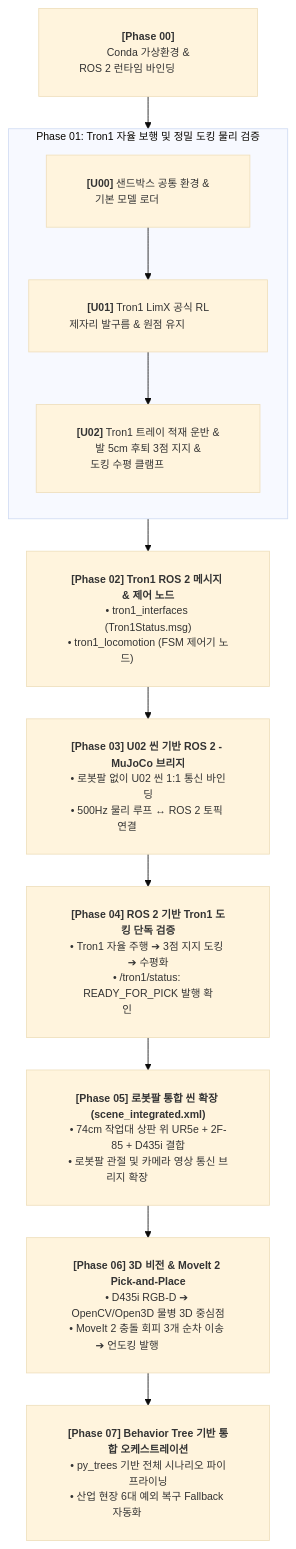
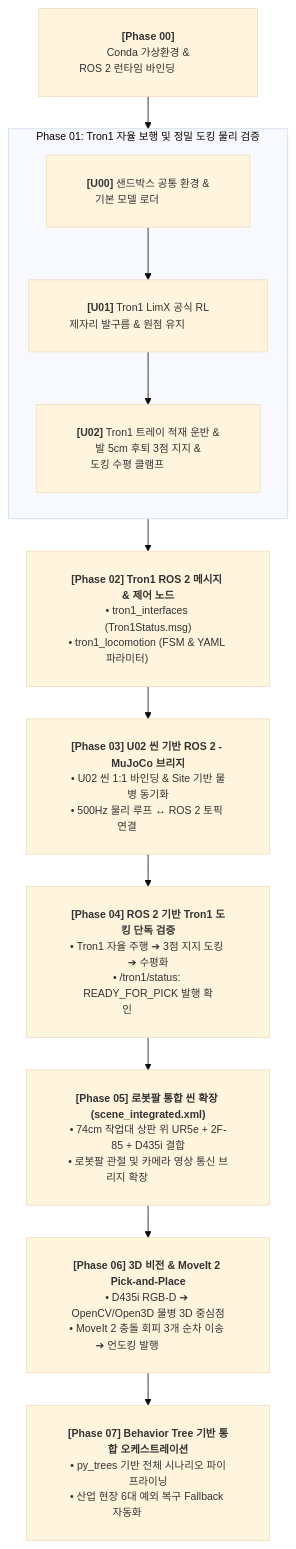
One commit to Centaucyan/Proj_Transferring_bottle_from_tron1_to_ur5e_in_mujoco_env changed the diagram in documents/development_roadmap/rm_full_development_roadmap.md. Above: the diagram before and after it, drawn with Mermaid. The commit also changed other lines of this file and 1 other file, not shown here.

Commit message:
Modify md files about how-to-do phase02.

````diff
--- a/documents/development_roadmap/rm_full_development_roadmap.md
+++ b/documents/development_roadmap/rm_full_development_roadmap.md
@@ -41,19 +44,19 @@
 ```mermaid
 %%{init: {'theme': 'base', 'themeVariables': { 'fontSize': '13px' }, 'flowchart': {'nodeSpacing': 30, 'rankSpacing': 40, 'padding': 25}}}%%
 flowchart TD
     P00["<b>[Phase 00]</b><br/>Conda 가상환경 &<br/>ROS 2 런타임 바인딩&emsp;&emsp;&emsp;&emsp;"] --> Phase01
 
     subgraph Phase01 [" Phase 01: Tron1 자율 보행 및 정밀 도킹 물리 검증 "]
         direction TB
         U00["<b>[U00]</b> 샌드박스 공통 환경 &<br/>기본 모델 로더&emsp;&emsp;&emsp;&emsp;"] --> U01
         U01["<b>[U01]</b> Tron1 LimX 공식 RL<br/>제자리 발구름 & 원점 유지&emsp;&emsp;&emsp;&emsp;"] --> U02
         U02["<b>[U02]</b> Tron1 트레이 적재 운반 &<br/>발 5cm 후퇴 3점 지지 &<br/>도킹 수평 클램프&emsp;&emsp;&emsp;&emsp;"]
     end
 
-    Phase01 --> P02["<b>[Phase 02] Tron1 ROS 2 메시지 & 제어 노드</b><br/>• tron1_interfaces (Tron1Status.msg)<br/>• tron1_locomotion (FSM 제어기 노드)&emsp;&emsp;&emsp;&emsp;"]
-    P02 --> P03["<b>[Phase 03] U02 씬 기반 ROS 2 - MuJoCo 브리지</b><br/>• 로봇팔 없이 U02 씬 1:1 통신 바인딩<br/>• 500Hz 물리 루프 ↔ ROS 2 토픽 연결&emsp;&emsp;&emsp;&emsp;"]
+    Phase01 --> P02["<b>[Phase 02] Tron1 ROS 2 메시지 & 제어 노드</b><br/>• tron1_interfaces (Tron1Status.msg)<br/>• tron1_locomotion (FSM & YAML 파라미터)&emsp;&emsp;&emsp;&emsp;"]
+    P02 --> P03["<b>[Phase 03] U02 씬 기반 ROS 2 - MuJoCo 브리지</b><br/>• U02 씬 1:1 바인딩 & Site 기반 물병 동기화<br/>• 500Hz 물리 루프 ↔ ROS 2 토픽 연결&emsp;&emsp;&emsp;&emsp;"]
     P03 --> P04["<b>[Phase 04] ROS 2 기반 Tron1 도킹 단독 검증</b><br/>• Tron1 자율 주행 ➔ 3점 지지 도킹 ➔ 수평화<br/>• /tron1/status: READY_FOR_PICK 발행 확인&emsp;&emsp;&emsp;&emsp;"]
     P04 --> P05["<b>[Phase 05] 로봇팔 통합 씬 확장 (scene_integrated.xml)</b><br/>• 74cm 작업대 상판 위 UR5e + 2F-85 + D435i 결합<br/>• 로봇팔 관절 및 카메라 영상 통신 브리지 확장&emsp;&emsp;&emsp;&emsp;"]
     P05 --> P06["<b>[Phase 06] 3D 비전 & MoveIt 2 Pick-and-Place</b><br/>• D435i RGB-D ➔ OpenCV/Open3D 물병 3D 중심점<br/>• MoveIt 2 충돌 회피 3개 순차 이송 ➔ 언도킹 발행&emsp;&emsp;&emsp;&emsp;"]
     P06 --> P07["<b>[Phase 07] Behavior Tree 기반 통합 오케스트레이션</b><br/>• py_trees 기반 전체 시나리오 파이프라이닝<br/>• 산업 현장 6대 예외 복구 Fallback 자동화&emsp;&emsp;&emsp;&emsp;"]
 ```
````
